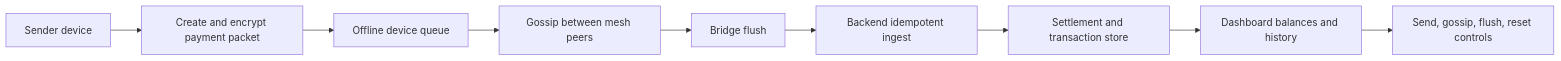
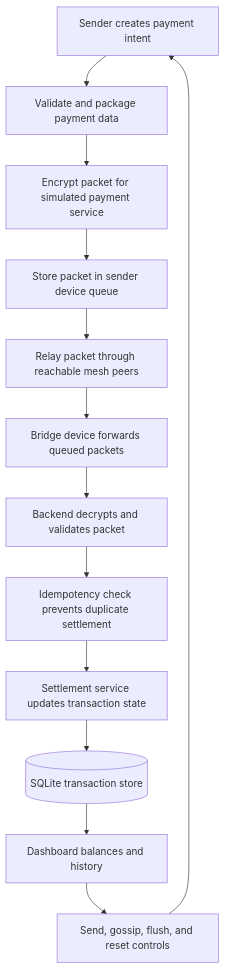
The diagram in README.md (nihalmachhi/MeshPay), drawn with Mermaid before and after one commit.

Commit message:
docs: expand README architecture diagram

````diff
--- a/README.md
+++ b/README.md
@@ -13,11 +13,15 @@
 ```mermaid
-flowchart LR
-  A[Sender device] --> B[Create and encrypt payment packet]
-  B --> C[Offline device queue]
-  C --> D[Gossip between mesh peers]
-  D --> E[Bridge flush]
-  E --> F[Backend idempotent ingest]
-  F --> G[Settlement and transaction store]
-  G --> H[Dashboard balances and history]
-  H --> I[Send, gossip, flush, reset controls]
+flowchart TD
+  A[Sender creates payment intent] --> B[Validate and package payment data]
+  B --> C[Encrypt packet for simulated payment service]
+  C --> D[Store packet in sender device queue]
+  D --> E[Relay packet through reachable mesh peers]
+  E --> F[Bridge device forwards queued packets]
+  F --> G[Backend decrypts and validates packet]
+  G --> H[Idempotency check prevents duplicate settlement]
+  H --> I[Settlement service updates transaction state]
+  I --> J[(SQLite transaction store)]
+  J --> K[Dashboard balances and history]
+  K --> L[Send, gossip, flush, and reset controls]
+  L --> A
 ```
````
